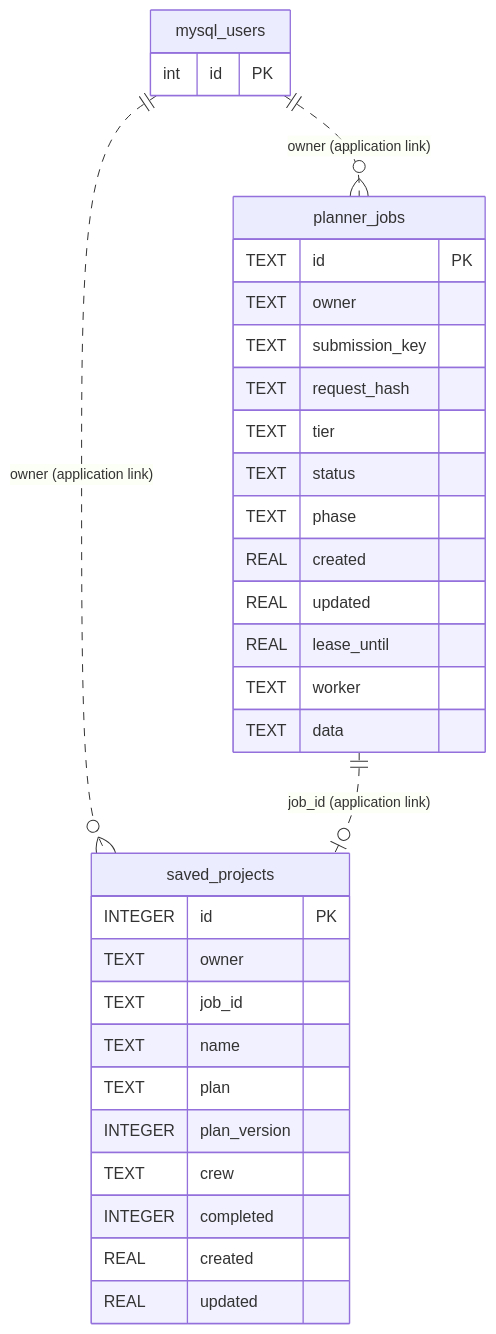
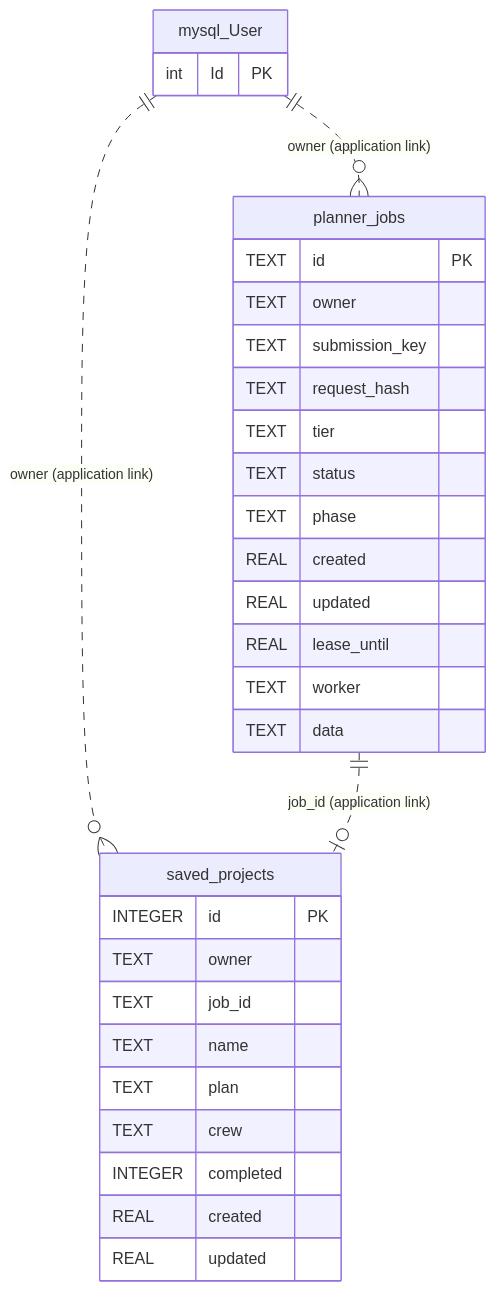
The second of 2 diagrams in docs/database_erd.md (Matthewh1225/Group-Class-Construction-Website), drawn with Mermaid before and after one commit. The commit also changed other lines of this file and 40 other files, not shown here.

````diff
--- a/docs/database_erd.md
+++ b/docs/database_erd.md
@@ -354,35 +95,34 @@
 ```mermaid
 erDiagram
     planner_jobs {
         TEXT id PK
         TEXT owner
         TEXT submission_key
         TEXT request_hash
         TEXT tier
         TEXT status
         TEXT phase
         REAL created
         REAL updated
         REAL lease_until
         TEXT worker
         TEXT data
     }
     saved_projects {
         INTEGER id PK
         TEXT owner
         TEXT job_id
         TEXT name
         TEXT plan
-        INTEGER plan_version
         TEXT crew
         INTEGER completed
         REAL created
         REAL updated
     }
-    mysql_users {
-        int id PK
+    mysql_User {
+        int Id PK
     }
-    mysql_users ||..o{ planner_jobs : "owner (application link)"
-    mysql_users ||..o{ saved_projects : "owner (application link)"
+    mysql_User ||..o{ planner_jobs : "owner (application link)"
+    mysql_User ||..o{ saved_projects : "owner (application link)"
     planner_jobs ||..o| saved_projects : "job_id (application link)"
 ```
````
